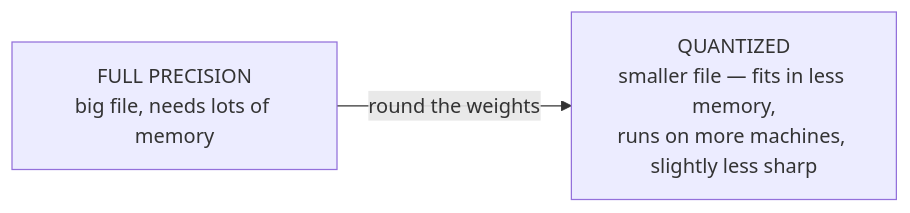
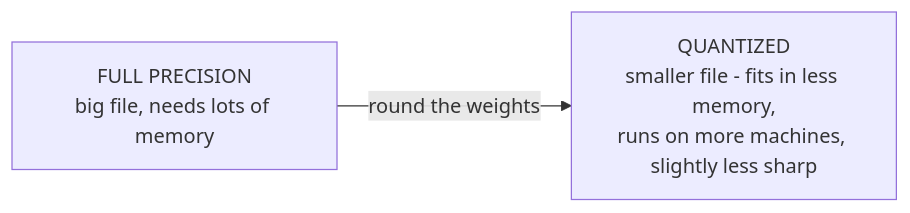
The diagram in guides/ai-ml/running-models-locally/03-hardware-and-quantization.md (Topurrra/themissingmanual), drawn with Mermaid before and after one commit. The commit also changed other lines of this file and 1009 other files, not shown here.

````diff
--- a/guides/ai-ml/running-models-locally/03-hardware-and-quantization.md
+++ b/guides/ai-ml/running-models-locally/03-hardware-and-quantization.md
@@ -53,4 +53,4 @@
 ```mermaid
 flowchart LR
-  F["FULL PRECISION<br/>big file, needs lots of memory"] -->|round the weights| Q["QUANTIZED<br/>smaller file — fits in less memory,<br/>runs on more machines, slightly less sharp"]
+  F["FULL PRECISION<br/>big file, needs lots of memory"] -->|round the weights| Q["QUANTIZED<br/>smaller file - fits in less memory,<br/>runs on more machines, slightly less sharp"]
 ```
````
